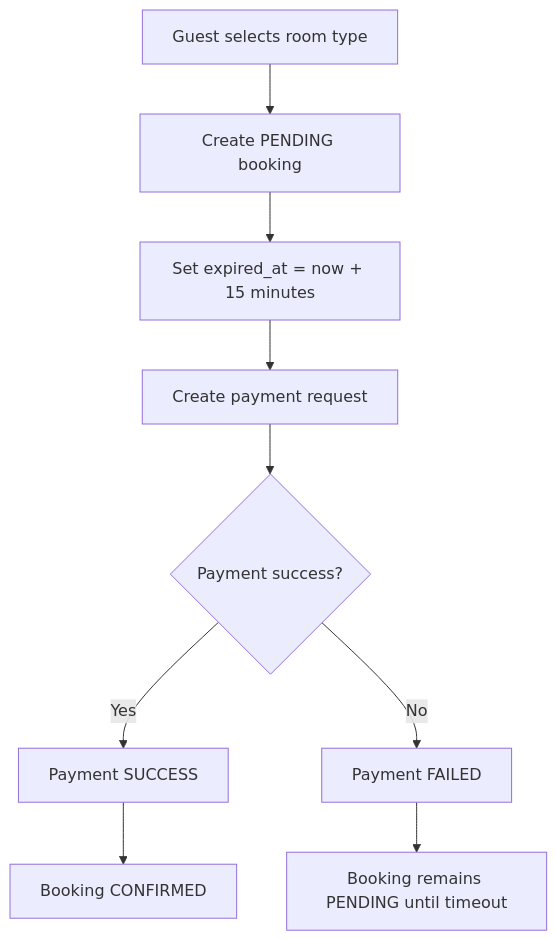
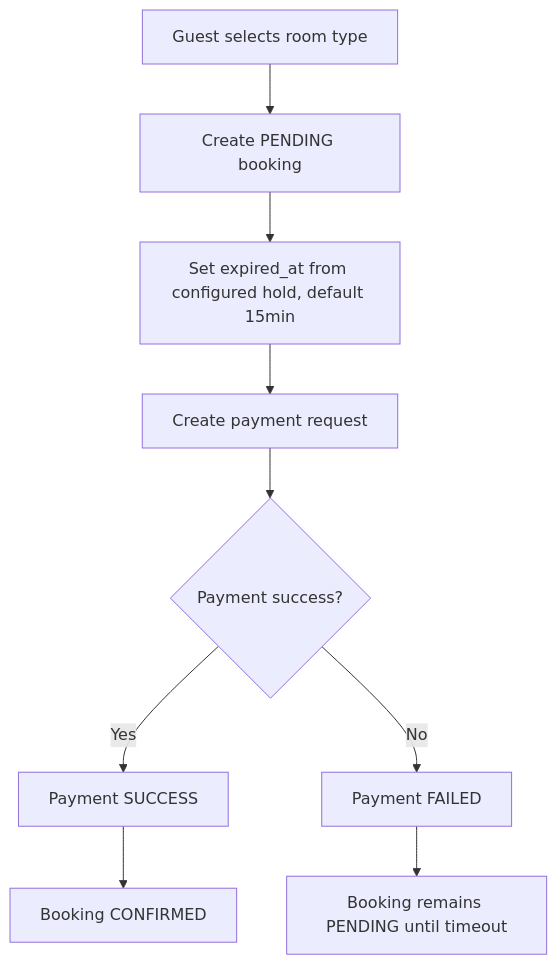
The second of 8 diagrams in docs/07-business-workflows.md (manhle11/hotel-booking-system), drawn with Mermaid before and after one commit. The commit also changed other lines of this file and 123 other files, not shown here.

````diff
--- a/docs/07-business-workflows.md
+++ b/docs/07-business-workflows.md
@@ -24,11 +24,11 @@
 ```mermaid
 flowchart TD
     A[Guest selects room type] --> B[Create PENDING booking]
-    B --> C[Set expired_at = now + 15 minutes]
+    B --> C[Set expired_at from configured hold, default 15min]
     C --> D[Create payment request]
     D --> E{Payment success?}
     E -->|Yes| F[Payment SUCCESS]
     F --> G[Booking CONFIRMED]
     E -->|No| H[Payment FAILED]
     H --> I[Booking remains PENDING until timeout]
 ```
````
